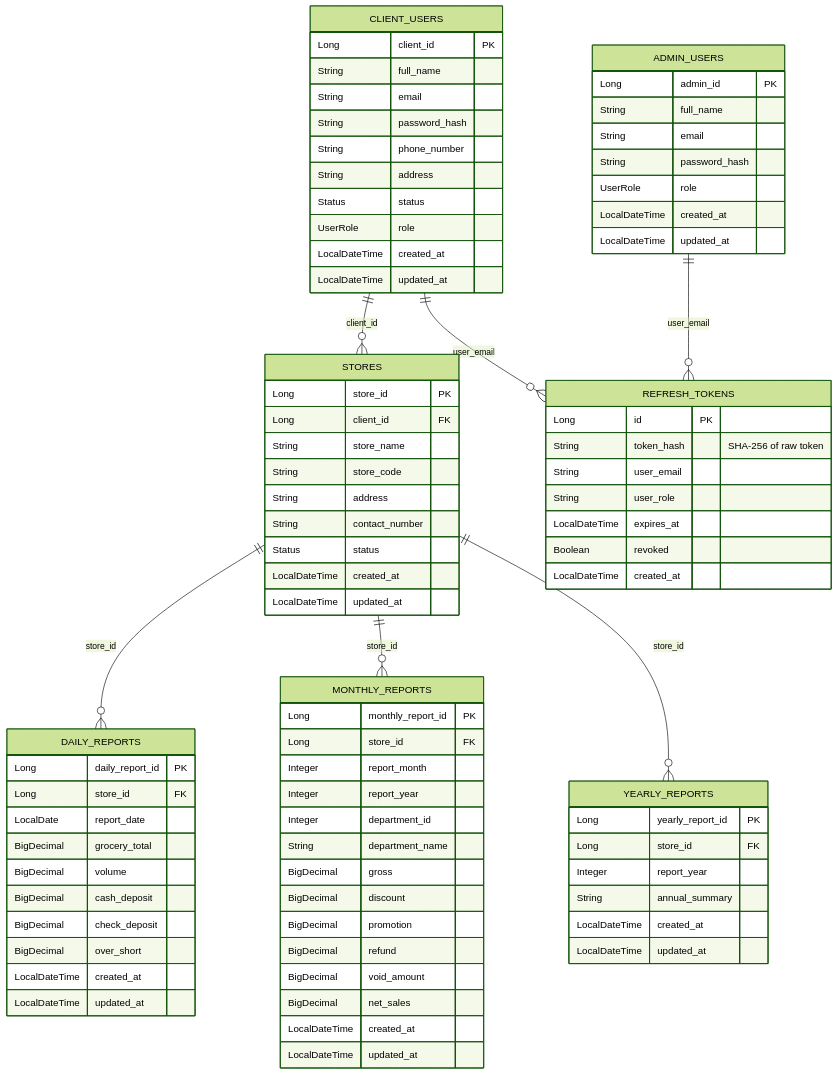
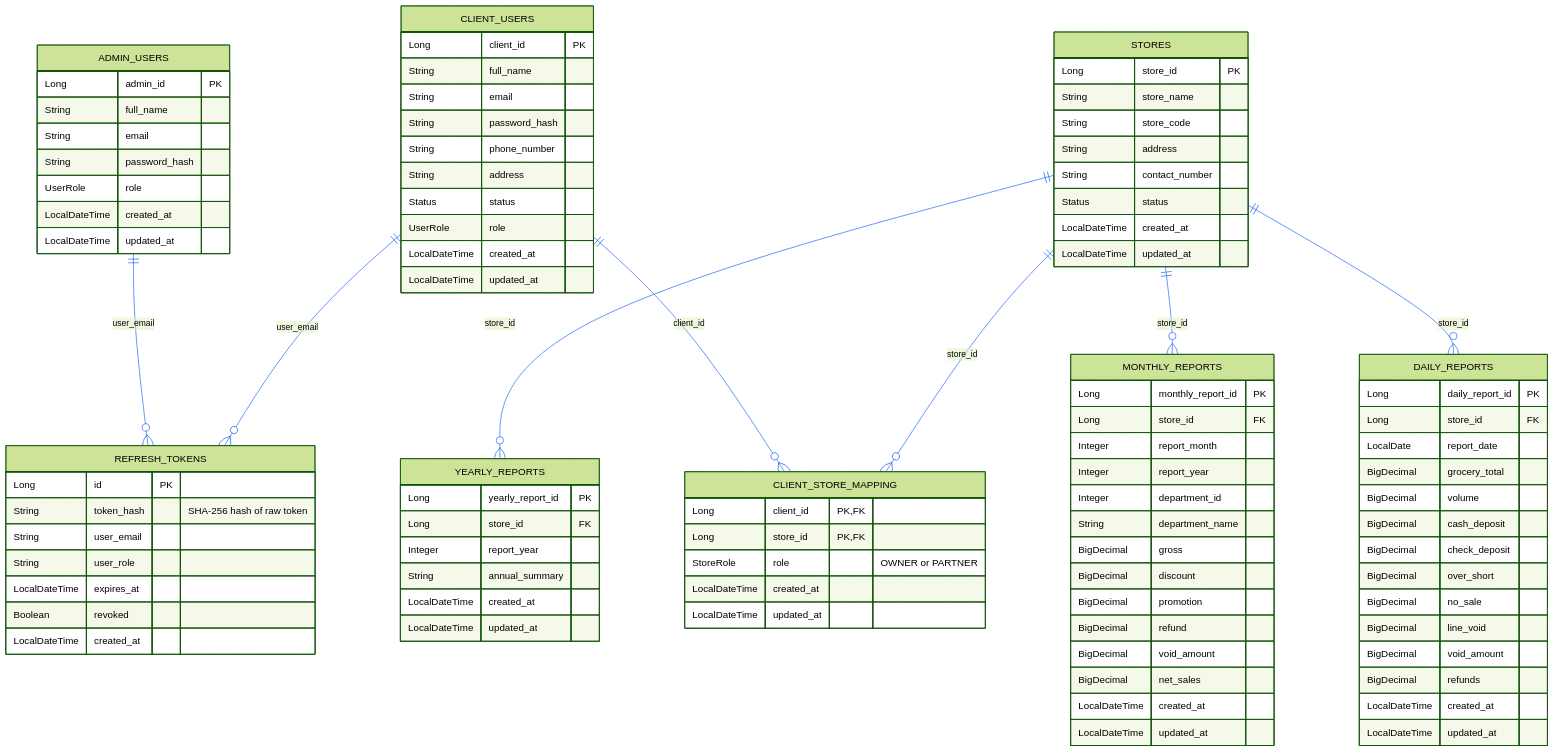
One commit to abhishek-mishraji/BHor changed the diagram in doc/API_SRS.md. Above: the diagram before and after it, drawn with Mermaid. The commit also changed other lines of this file and 1 other file, not shown here.

Commit message:
updated Api SRS and Table Schema

````diff
--- a/doc/API_SRS.md
+++ b/doc/API_SRS.md
@@ -245,7 +254,8 @@
 ```mermaid
-%%{init: {"theme": "forest"}}%%
+%%{init: {"theme": "forest", "themeVariables": {"primaryColor": "#f2f2f2", "primaryBorderColor": "#e61010", "primaryTextColor": "#01060d", "lineColor": "#0856f3", "fontFamily": "Arial"}}}%%
 erDiagram
-    CLIENT_USERS ||--o{ STORES : client_id
+    CLIENT_USERS ||--o{ CLIENT_STORE_MAPPING : client_id
+    STORES ||--o{ CLIENT_STORE_MAPPING : store_id
     STORES ||--o{ DAILY_REPORTS : store_id
     STORES ||--o{ MONTHLY_REPORTS : store_id
     STORES ||--o{ YEARLY_REPORTS : store_id
@@ -277,7 +287,7 @@
 
     REFRESH_TOKENS {
         Long id PK
-        String token_hash "SHA-256 of raw token"
+        String token_hash "SHA-256 hash of raw token"
         String user_email
         String user_role
         LocalDateTime expires_at
@@ -287,12 +297,19 @@
 
     STORES {
         Long store_id PK
-        Long client_id FK
         String store_name
         String store_code
         String address
         String contact_number
         Status status
+        LocalDateTime created_at
+        LocalDateTime updated_at
+    }
+
+    CLIENT_STORE_MAPPING {
+        Long client_id PK,FK
+        Long store_id PK,FK
+        StoreRole role "OWNER or PARTNER"
         LocalDateTime created_at
         LocalDateTime updated_at
     }
@@ -306,6 +323,10 @@
         BigDecimal cash_deposit
         BigDecimal check_deposit
         BigDecimal over_short
+        BigDecimal no_sale
+        BigDecimal line_void
+        BigDecimal void_amount
+        BigDecimal refunds
         LocalDateTime created_at
         LocalDateTime updated_at
     }
````
